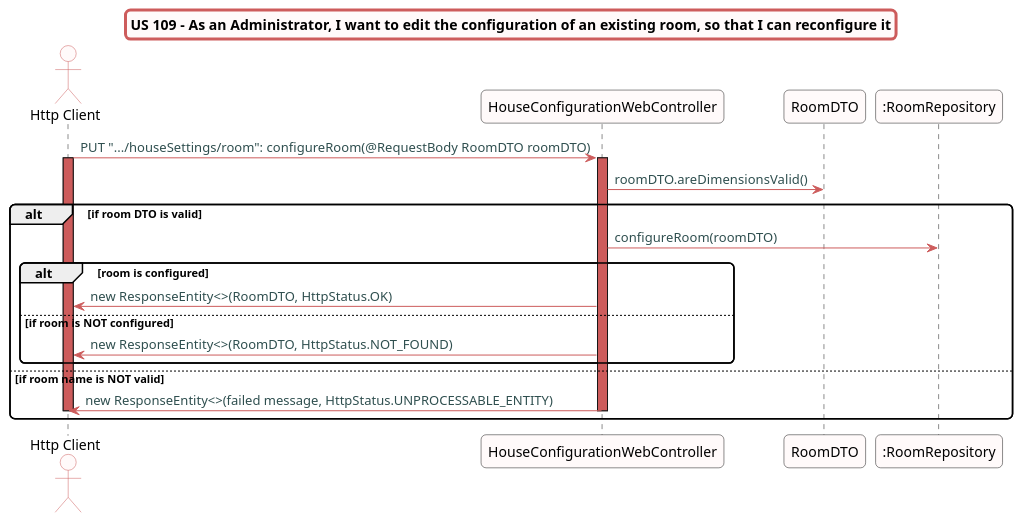
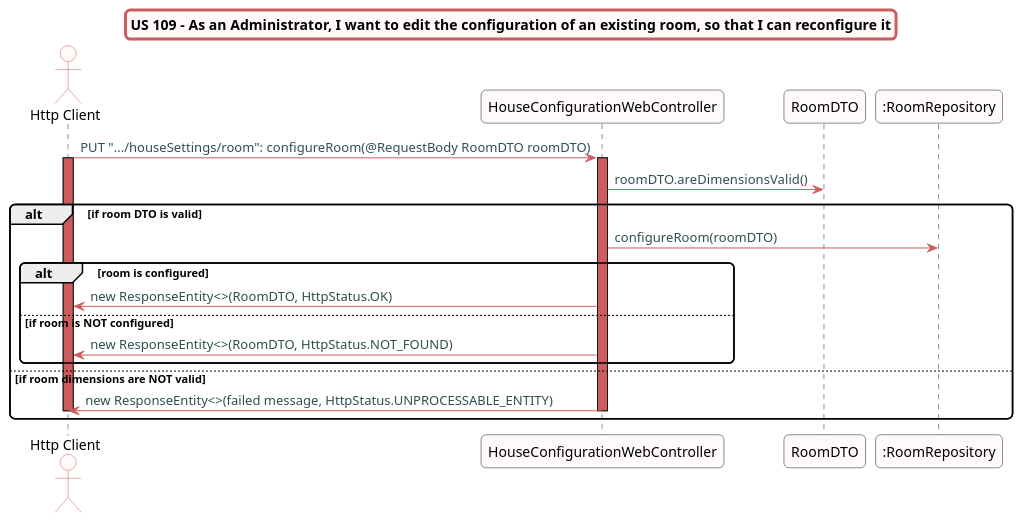
One commit to Almadanmp/project changed the diagram in src/doc/WEB_Controllers/HouseConfiguration/US109/US109.puml. Above: the diagram before and after it, drawn with PlantUML. The commit also changed 4 other files, not shown here.

```diff
--- a/src/doc/WEB_Controllers/HouseConfiguration/US109/US109.puml
+++ b/src/doc/WEB_Controllers/HouseConfiguration/US109/US109.puml
@@ -1,51 +1,51 @@
 @startuml
 skinparam titleBorderRoundCorner 10
 skinparam titleBorderThickness 3
 skinparam titleBorderColor indianred
 skinparam titleBackgroundColor snow
 skinparam FontName quicksand
 
 skinparam actor {
  	BorderColor indianred
  	backgroundColor Snow
  	}
 
  skinparam sequence {
  	LifeLineBackgroundColor indianred
  	ParticipantBackgroundColor snow
 }
 
  skinparam roundcorner 10
 
  skinparam component {
    arrowThickness 1
    ArrowFontName Verdana
    ArrowColor indianred
    ArrowFontColor darkslategrey
  }
 title US 109 - As an Administrator, I want to edit the configuration of an existing room, so that I can reconfigure it
 
 actor "Http Client"
 "Http Client" -> "HouseConfigurationWebController":  PUT ".../houseSettings/room": configureRoom(@RequestBody RoomDTO roomDTO)
 activate "Http Client"
 
 activate "HouseConfigurationWebController"
 "HouseConfigurationWebController" -> "RoomDTO": roomDTO.areDimensionsValid()
 
 alt if room DTO is valid
 "HouseConfigurationWebController" -> ":RoomRepository": configureRoom(roomDTO)
 
 alt room is configured
 "HouseConfigurationWebController" -> "Http Client": new ResponseEntity<>(RoomDTO, HttpStatus.OK)
 
 else if room is NOT configured
 "HouseConfigurationWebController" -> "Http Client": new ResponseEntity<>(RoomDTO, HttpStatus.NOT_FOUND)
 end
 
-else if room name is NOT valid
+else if room dimensions are NOT valid
 "HouseConfigurationWebController" -> "Http Client": new ResponseEntity<>(failed message, HttpStatus.UNPROCESSABLE_ENTITY)
 deactivate "HouseConfigurationWebController"
 deactivate "Http Client"
 end
 
 @enduml
```
